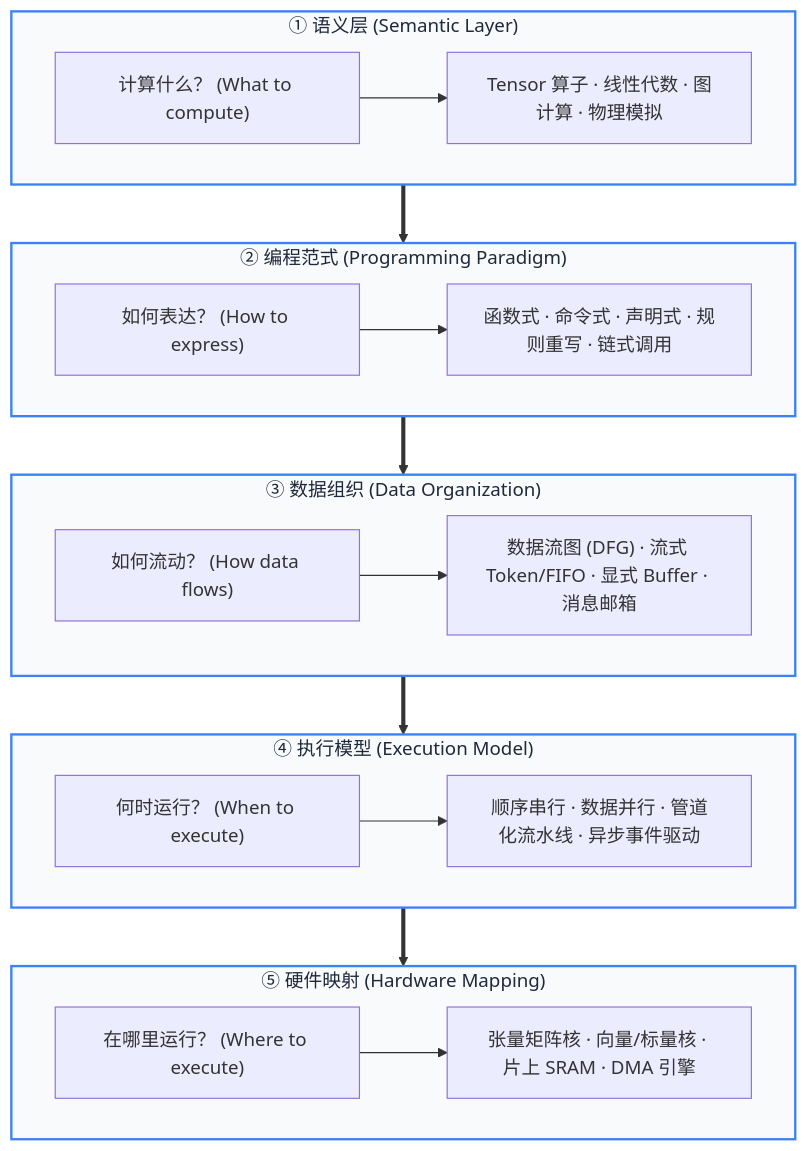
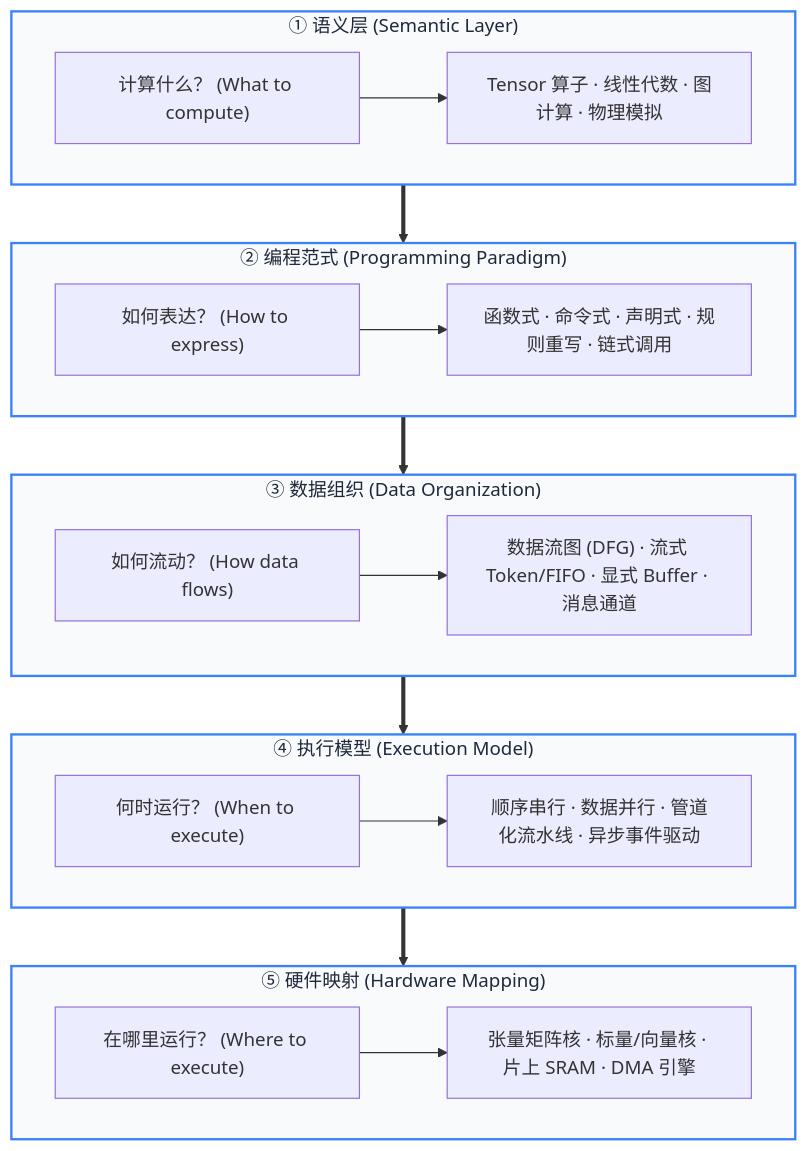
The first of 8 diagrams in src/content/posts/dsl-design-paradigms-streaming-pipeline-and-hardware-execution-guide.md (hqu-little-boy/blog), drawn with Mermaid before and after one commit. The commit also changed other lines of this file, not shown here.

````diff
--- a/src/content/posts/dsl-design-paradigms-streaming-pipeline-and-hardware-execution-guide.md
+++ b/src/content/posts/dsl-design-paradigms-streaming-pipeline-and-hardware-execution-guide.md
@@ -99,32 +124,32 @@
 ```mermaid
 flowchart TD
     subgraph D1 ["① 语义层 (Semantic Layer)"]
         direction LR
         S1["计算什么？ (What to compute)"] --> S2["Tensor 算子 · 线性代数 · 图计算 · 物理模拟"]
     end
 
     subgraph D2 ["② 编程范式 (Programming Paradigm)"]
         direction LR
         P1["如何表达？ (How to express)"] --> P2["函数式 · 命令式 · 声明式 · 规则重写 · 链式调用"]
     end
 
     subgraph D3 ["③ 数据组织 (Data Organization)"]
         direction LR
-        O1["如何流动？ (How data flows)"] --> O2["数据流图 (DFG) · 流式 Token/FIFO · 显式 Buffer · 消息邮箱"]
+        O1["如何流动？ (How data flows)"] --> O2["数据流图 (DFG) · 流式 Token/FIFO · 显式 Buffer · 消息通道"]
     end
 
     subgraph D4 ["④ 执行模型 (Execution Model)"]
         direction LR
         E1["何时运行？ (When to execute)"] --> E2["顺序串行 · 数据并行 · 管道化流水线 · 异步事件驱动"]
     end
 
     subgraph D5 ["⑤ 硬件映射 (Hardware Mapping)"]
         direction LR
-        H1["在哪里运行？ (Where to execute)"] --> H2["张量矩阵核 · 向量/标量核 · 片上 SRAM · DMA 引擎"]
+        H1["在哪里运行？ (Where to execute)"] --> H2["张量矩阵核 · 标量/向量核 · 片上 SRAM · DMA 引擎"]
     end
 
     D1 ==> D2 ==> D3 ==> D4 ==> D5
 
     classDef dim fill:#f8fafc,stroke:#3b82f6,stroke-width:2px,color:#1e293b;
     class D1,D2,D3,D4,D5 dim;
 ```
````
